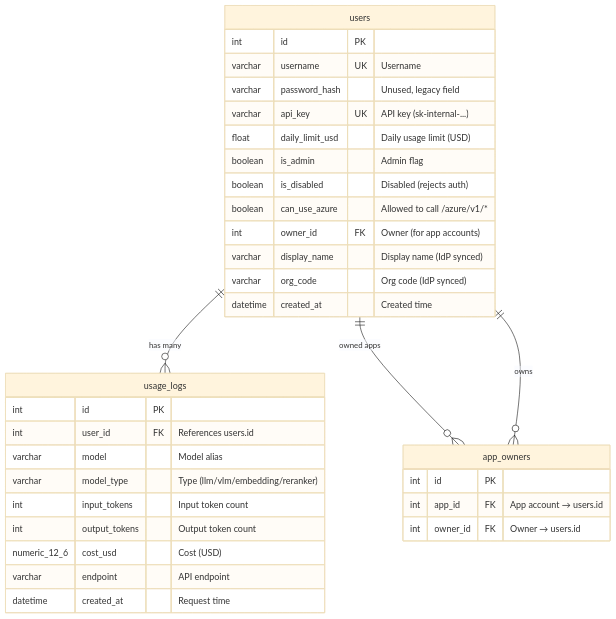
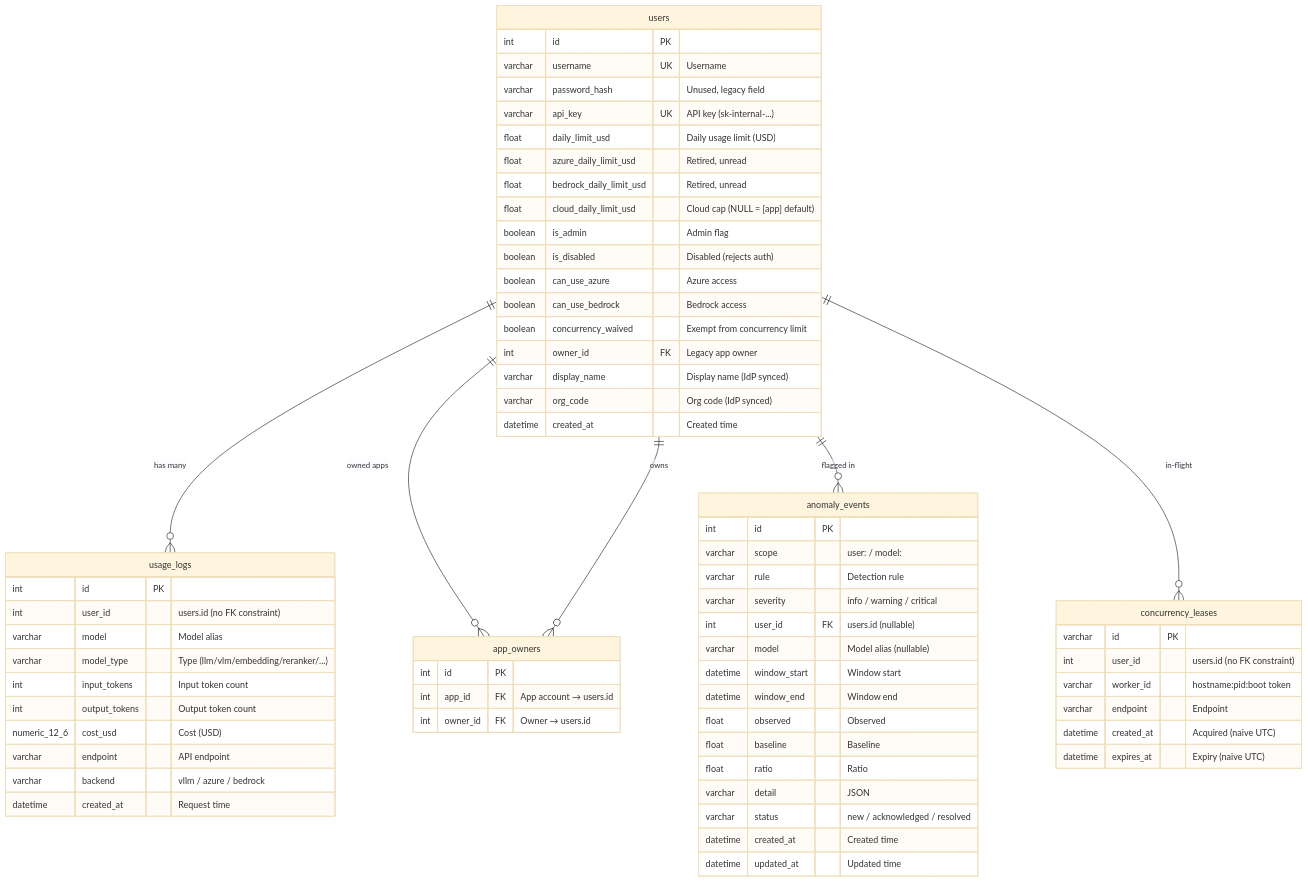
One commit to bwinken/llm-gateway changed the diagram in alembic/README.md. Above: the diagram before and after it, drawn with Mermaid (base theme). The commit also changed other lines of this file and 6 other files, not shown here.

````diff
--- a/alembic/README.md
+++ b/alembic/README.md
@@ -80,39 +95,74 @@
 ```mermaid
 erDiagram
     users {
         int id PK
         varchar username UK "Username"
         varchar password_hash "Unused, legacy field"
         varchar api_key UK "API key (sk-internal-...)"
         float daily_limit_usd "Daily usage limit (USD)"
+        float azure_daily_limit_usd "Retired, unread"
+        float bedrock_daily_limit_usd "Retired, unread"
+        float cloud_daily_limit_usd "Cloud cap (NULL = [app] default)"
         boolean is_admin "Admin flag"
         boolean is_disabled "Disabled (rejects auth)"
-        boolean can_use_azure "Allowed to call /azure/v1/*"
-        int owner_id FK "Owner (for app accounts)"
+        boolean can_use_azure "Azure access"
+        boolean can_use_bedrock "Bedrock access"
+        boolean concurrency_waived "Exempt from concurrency limit"
+        int owner_id FK "Legacy app owner"
         varchar display_name "Display name (IdP synced)"
         varchar org_code "Org code (IdP synced)"
         datetime created_at "Created time"
     }
 
     usage_logs {
         int id PK
-        int user_id FK "References users.id"
+        int user_id "users.id (no FK constraint)"
         varchar model "Model alias"
-        varchar model_type "Type (llm/vlm/embedding/reranker)"
+        varchar model_type "Type (llm/vlm/embedding/reranker/...)"
         int input_tokens "Input token count"
         int output_tokens "Output token count"
         numeric_12_6 cost_usd "Cost (USD)"
         varchar endpoint "API endpoint"
+        varchar backend "vllm / azure / bedrock"
         datetime created_at "Request time"
     }
 
     app_owners {
         int id PK
         int app_id FK "App account → users.id"
         int owner_id FK "Owner → users.id"
     }
 
+    anomaly_events {
+        int id PK
+        varchar scope "user:<id> / model:<alias>"
+        varchar rule "Detection rule"
+        varchar severity "info / warning / critical"
+        int user_id FK "users.id (nullable)"
+        varchar model "Model alias (nullable)"
+        datetime window_start "Window start"
+        datetime window_end "Window end"
+        float observed "Observed"
+        float baseline "Baseline"
+        float ratio "Ratio"
+        varchar detail "JSON"
+        varchar status "new / acknowledged / resolved"
+        datetime created_at "Created time"
+        datetime updated_at "Updated time"
+    }
+
+    concurrency_leases {
+        varchar id PK
+        int user_id "users.id (no FK constraint)"
+        varchar worker_id "hostname:pid:boot token"
+        varchar endpoint "Endpoint"
+        datetime created_at "Acquired (naive UTC)"
+        datetime expires_at "Expiry (naive UTC)"
+    }
+
     users ||--o{ usage_logs : "has many"
     users ||--o{ app_owners : "owned apps"
     users ||--o{ app_owners : "owns"
+    users ||--o{ anomaly_events : "flagged in"
+    users ||--o{ concurrency_leases : "in-flight"
 ```
````
